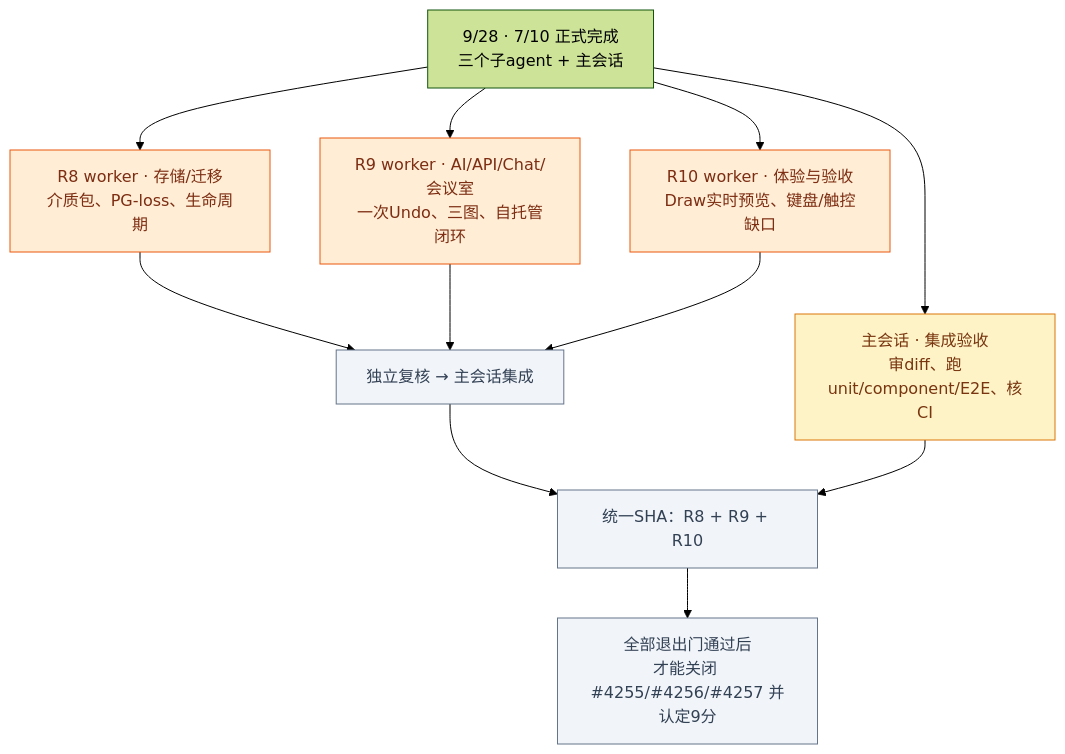
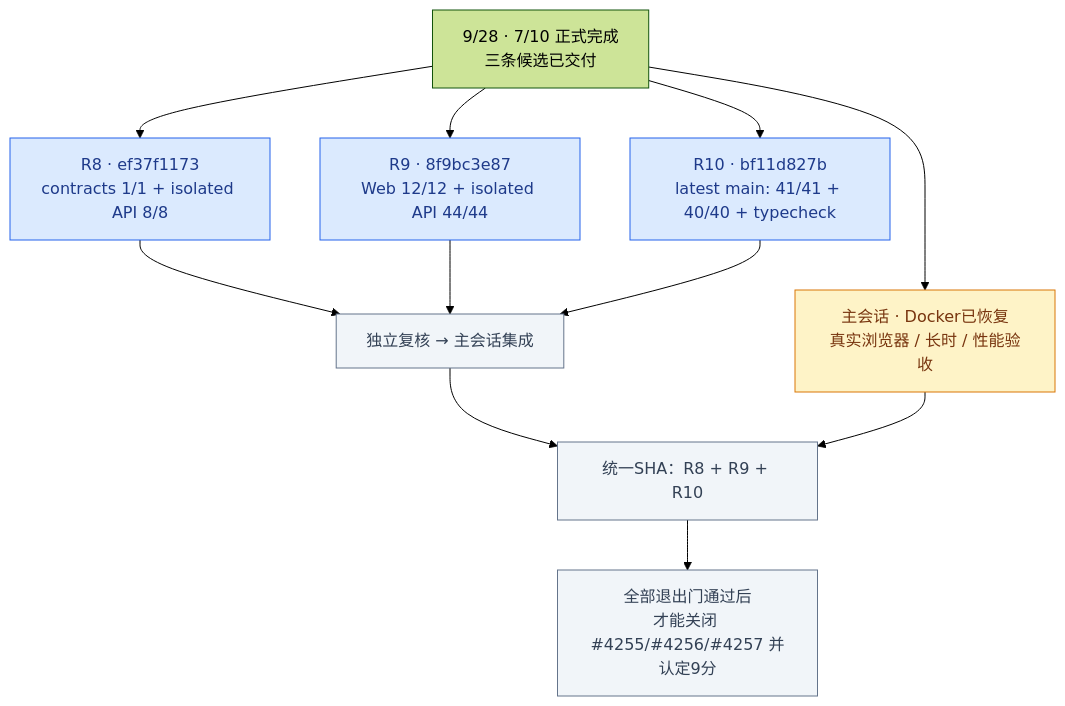
One commit to boardx/workspacex changed the second of 5 diagrams in phases/phase-19-board-visual-workspace/design-deltas/2026-09-26-unified-board-plan.md. Above: the diagram before and after it, drawn with Mermaid (forest theme). The commit also changed other lines of this file, not shown here.

````diff
--- a/phases/phase-19-board-visual-workspace/design-deltas/2026-09-26-unified-board-plan.md
+++ b/phases/phase-19-board-visual-workspace/design-deltas/2026-09-26-unified-board-plan.md
@@ -66,16 +68,17 @@
 ```mermaid
 flowchart TB
-  START["9/28 · 7/10 正式完成<br/>三个子agent + 主会话"] --> A["R8 worker · 存储/迁移<br/>介质包、PG-loss、生命周期"]:::active
-  START --> B["R9 worker · AI/API/Chat/会议室<br/>一次Undo、三图、自托管闭环"]:::active
-  START --> C["R10 worker · 体验与验收<br/>Draw实时预览、键盘/触控缺口"]:::active
-  START --> M["主会话 · 集成验收<br/>审diff、跑unit/component/E2E、核CI"]:::testing
+  START["9/28 · 7/10 正式完成<br/>三条候选已交付"] --> A["R8 · ef37f1173<br/>contracts 1/1 + isolated API 8/8"]:::delivered
+  START --> B["R9 · 8f9bc3e87<br/>Web 12/12 + isolated API 44/44"]:::delivered
+  START --> C["R10 · bf11d827b<br/>latest main: 41/41 + 40/40 + typecheck"]:::delivered
+  START --> M["主会话 · Docker已恢复<br/>真实浏览器 / 长时 / 性能验收"]:::testing
   A --> REVIEW["独立复核 → 主会话集成"]:::planned
   B --> REVIEW
   C --> REVIEW
   REVIEW --> JOIN["统一SHA：R8 + R9 + R10"]:::planned
   M --> JOIN
   JOIN --> ACCEPT["全部退出门通过后<br/>才能关闭 #4255/#4256/#4257 并认定9分"]:::planned
   classDef active fill:#ffedd5,stroke:#ea580c,color:#7c2d12
+  classDef delivered fill:#dbeafe,stroke:#2563eb,color:#1e3a8a
   classDef testing fill:#fef3c7,stroke:#d97706,color:#78350f
   classDef planned fill:#f1f5f9,stroke:#64748b,color:#334155
 ```
````
